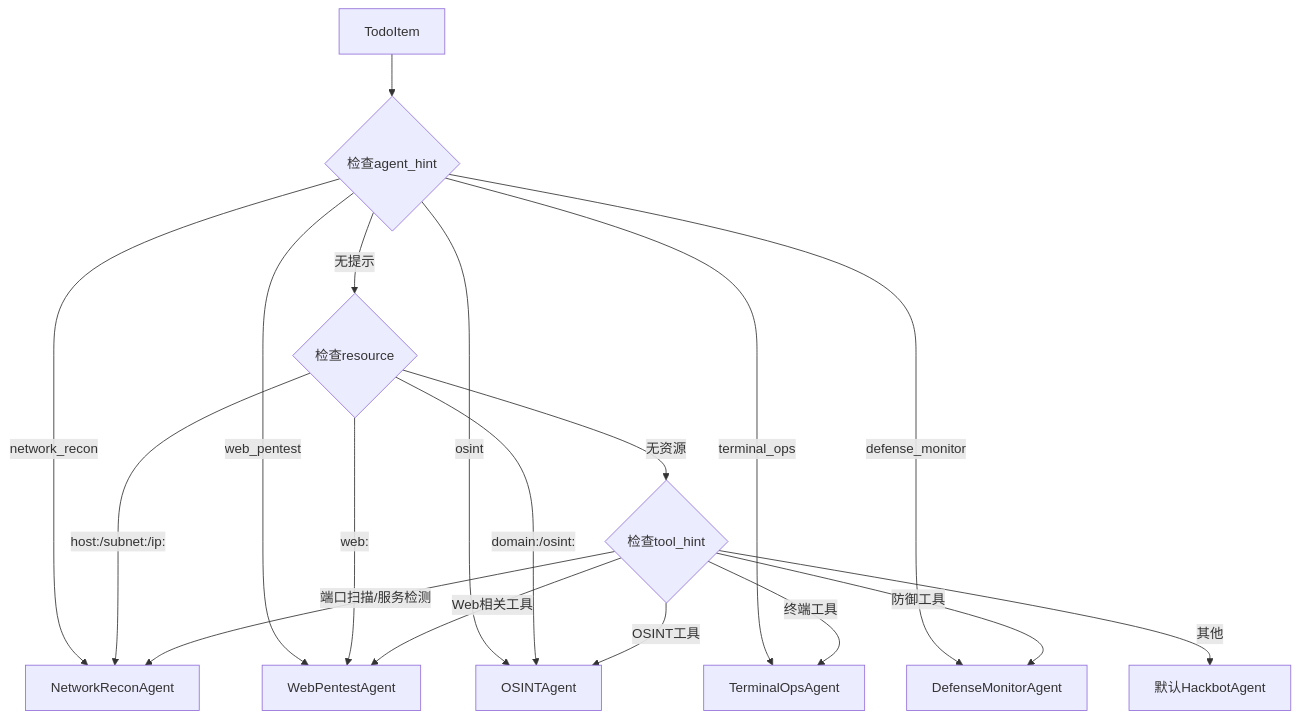
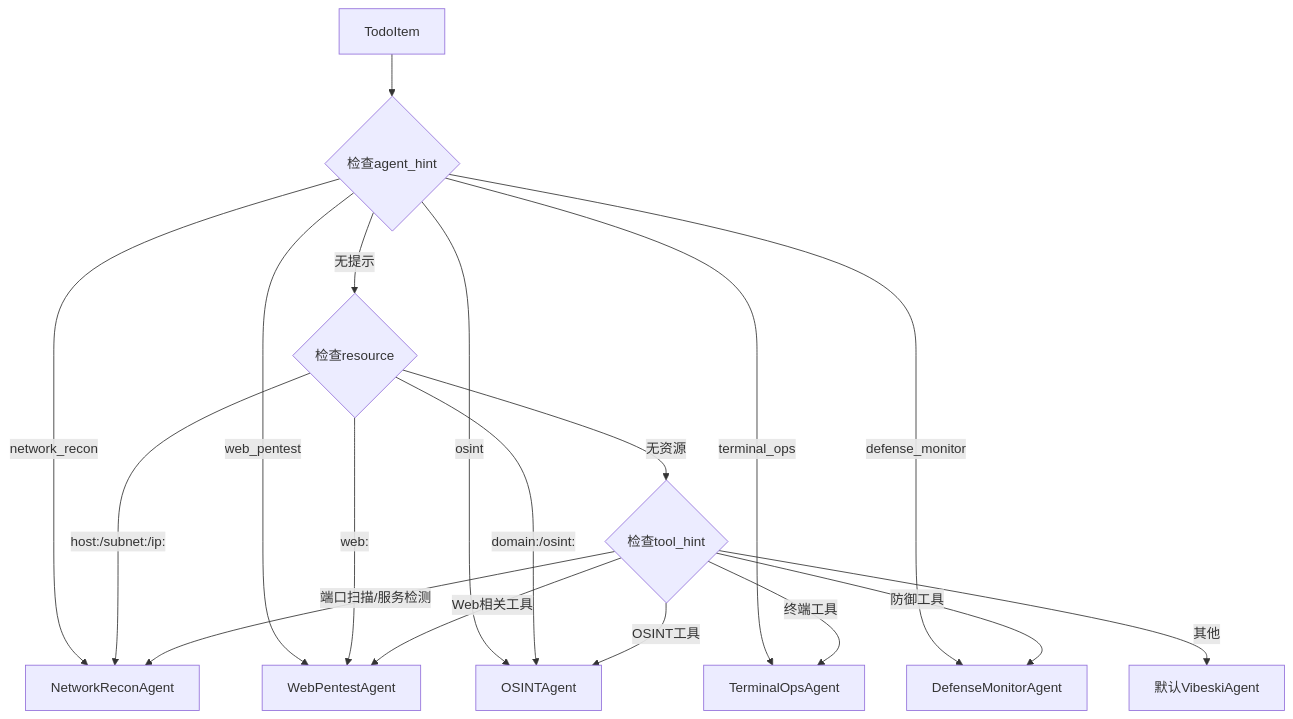
One commit to crabin/VIBESKI changed the eighth of 11 diagrams in .qoder/repowiki/zh/content/Security React Agent.md. Above: the diagram before and after it, drawn with Mermaid. The commit also changed other lines of this file and 170 other files, not shown here.

````diff
--- a/.qoder/repowiki/zh/content/Security React Agent.md
+++ b/.qoder/repowiki/zh/content/Security React Agent.md
@@ -379,20 +379,20 @@
 ```mermaid
 flowchart TD
 Todo[TodoItem] --> CheckHint{检查agent_hint}
 CheckHint --> |network_recon| Network[NetworkReconAgent]
 CheckHint --> |web_pentest| Web[WebPentestAgent]
 CheckHint --> |osint| OSINT[OSINTAgent]
 CheckHint --> |terminal_ops| Terminal[TerminalOpsAgent]
 CheckHint --> |defense_monitor| Defense[DefenseMonitorAgent]
 CheckHint --> |无提示| CheckResource{检查resource}
 CheckResource --> |host:/subnet:/ip:| Network
 CheckResource --> |web:| Web
 CheckResource --> |domain:/osint:| OSINT
 CheckResource --> |无资源| CheckTool{检查tool_hint}
 CheckTool --> |端口扫描/服务检测| Network
 CheckTool --> |Web相关工具| Web
 CheckTool --> |OSINT工具| OSINT
 CheckTool --> |终端工具| Terminal
 CheckTool --> |防御工具| Defense
-CheckTool --> |其他| Default[默认HackbotAgent]
+CheckTool --> |其他| Default[默认VibeskiAgent]
 ```
````
